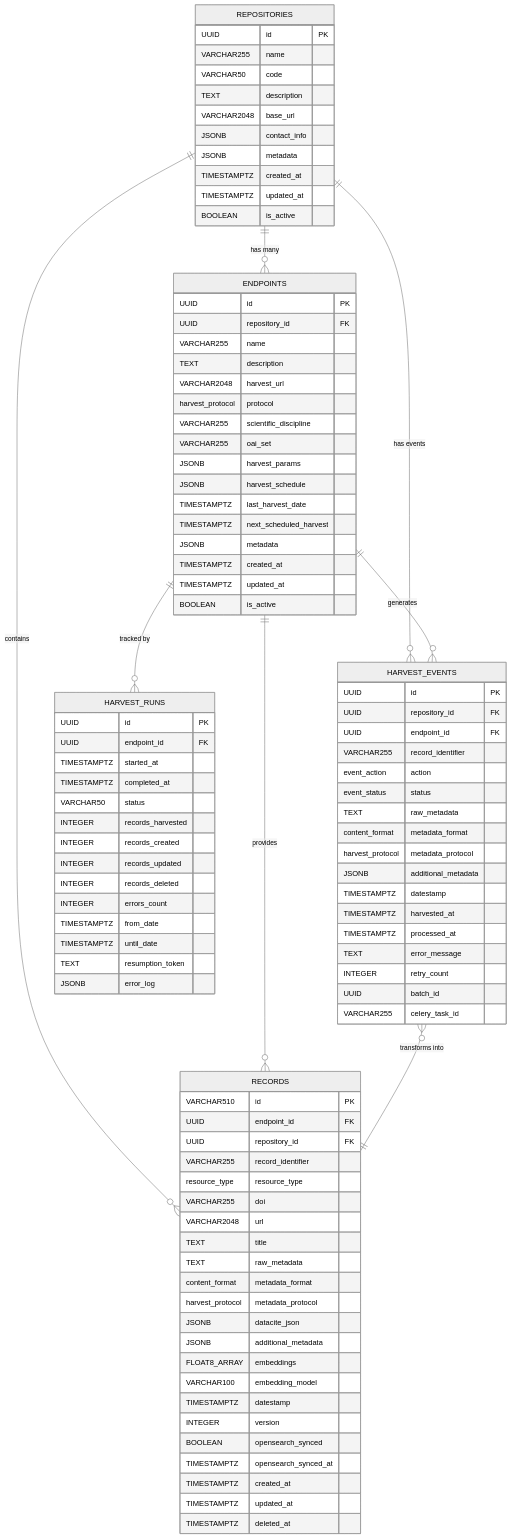
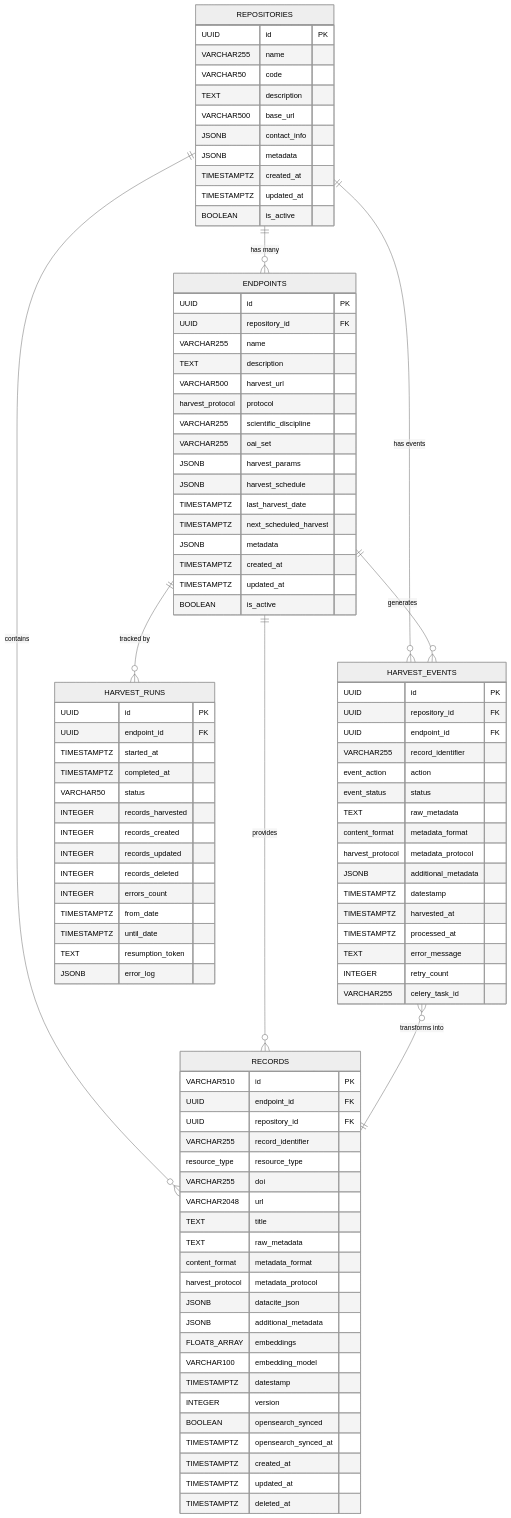
The diagram in scripts/postgres_data/tables/design_visualization.mermaid (EOSC-Data-Commons/metadata-warehouse), drawn with Mermaid (neutral theme) before and after one commit. The commit also changed 1 other file, not shown here.

```diff
--- a/scripts/postgres_data/tables/design_visualization.mermaid
+++ b/scripts/postgres_data/tables/design_visualization.mermaid
@@ -1,102 +1,101 @@
 erDiagram
     REPOSITORIES {
         UUID id PK
         VARCHAR255 name
         VARCHAR50 code
         TEXT description
-        VARCHAR2048 base_url
+        VARCHAR500 base_url
         JSONB contact_info
         JSONB metadata
         TIMESTAMPTZ created_at
         TIMESTAMPTZ updated_at
         BOOLEAN is_active
     }
     
     ENDPOINTS {
         UUID id PK
         UUID repository_id FK
         VARCHAR255 name
         TEXT description
-        VARCHAR2048 harvest_url
+        VARCHAR500 harvest_url
         harvest_protocol protocol
         VARCHAR255 scientific_discipline
         VARCHAR255 oai_set
         JSONB harvest_params
         JSONB harvest_schedule
         TIMESTAMPTZ last_harvest_date
         TIMESTAMPTZ next_scheduled_harvest
         JSONB metadata
         TIMESTAMPTZ created_at
         TIMESTAMPTZ updated_at
         BOOLEAN is_active
     }
     
     HARVEST_EVENTS {
         UUID id PK
         UUID repository_id FK
         UUID endpoint_id FK
         VARCHAR255 record_identifier
         event_action action
         event_status status
         TEXT raw_metadata
         content_format metadata_format
         harvest_protocol metadata_protocol
         JSONB additional_metadata
         TIMESTAMPTZ datestamp
         TIMESTAMPTZ harvested_at
         TIMESTAMPTZ processed_at
         TEXT error_message
         INTEGER retry_count
-        UUID batch_id
         VARCHAR255 celery_task_id
     }
     
     RECORDS {
         VARCHAR510 id PK
         UUID endpoint_id FK
         UUID repository_id FK
         VARCHAR255 record_identifier
         resource_type resource_type
         VARCHAR255 doi
         VARCHAR2048 url
         TEXT title
         TEXT raw_metadata
         content_format metadata_format
         harvest_protocol metadata_protocol
         JSONB datacite_json
         JSONB additional_metadata
         FLOAT8_ARRAY embeddings
         VARCHAR100 embedding_model
         TIMESTAMPTZ datestamp
         INTEGER version
         BOOLEAN opensearch_synced
         TIMESTAMPTZ opensearch_synced_at
         TIMESTAMPTZ created_at
         TIMESTAMPTZ updated_at
         TIMESTAMPTZ deleted_at
     }
     
     HARVEST_RUNS {
         UUID id PK
         UUID endpoint_id FK
         TIMESTAMPTZ started_at
         TIMESTAMPTZ completed_at
         VARCHAR50 status
         INTEGER records_harvested
         INTEGER records_created
         INTEGER records_updated
         INTEGER records_deleted
         INTEGER errors_count
         TIMESTAMPTZ from_date
         TIMESTAMPTZ until_date
         TEXT resumption_token
         JSONB error_log
     }
     
     REPOSITORIES ||--o{ ENDPOINTS : "has many"
     REPOSITORIES ||--o{ HARVEST_EVENTS : "has events"
     REPOSITORIES ||--o{ RECORDS : "contains"
     ENDPOINTS ||--o{ HARVEST_EVENTS : "generates"
     ENDPOINTS ||--o{ RECORDS : "provides"
     ENDPOINTS ||--o{ HARVEST_RUNS : "tracked by"
     HARVEST_EVENTS }o--|| RECORDS : "transforms into"
```
